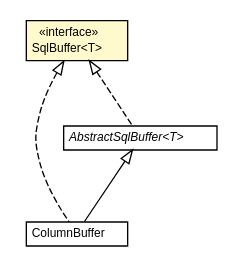
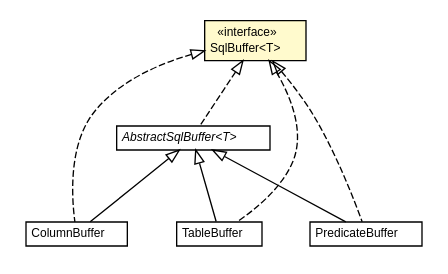
The diagram in docs/javadoc/apidocs/net/ljcomputing/sql/buffer/SqlBuffer.dot (willmorejg/net.ljcomputing.sql), drawn with Graphviz before and after one commit. The commit also changed 239 other files, not shown here.

```diff
--- a/docs/javadoc/apidocs/net/ljcomputing/sql/buffer/SqlBuffer.dot
+++ b/docs/javadoc/apidocs/net/ljcomputing/sql/buffer/SqlBuffer.dot
@@ -1,37 +1,57 @@
 #!/usr/local/bin/dot
 #
 # Class diagram 
 # Generated by UMLGraph version R5_6 (http://www.umlgraph.org/)
 #
 
 digraph G {
 	edge [fontname="Helvetica",fontsize=10,labelfontname="Helvetica",labelfontsize=10];
 	node [fontname="Helvetica",fontsize=10,shape=plaintext];
 	nodesep=0.25;
 	ranksep=0.5;
 	// net.ljcomputing.sql.buffer.ColumnBuffer
-	c643 [label=<<table title="net.ljcomputing.sql.buffer.ColumnBuffer" border="0" cellborder="1" cellspacing="0" cellpadding="2" port="p" href="./ColumnBuffer.html">
+	c947 [label=<<table title="net.ljcomputing.sql.buffer.ColumnBuffer" border="0" cellborder="1" cellspacing="0" cellpadding="2" port="p" href="./ColumnBuffer.html">
 		<tr><td><table border="0" cellspacing="0" cellpadding="1">
 <tr><td align="center" balign="center"> ColumnBuffer </td></tr>
 		</table></td></tr>
 		</table>>, URL="./ColumnBuffer.html", fontname="Helvetica", fontcolor="black", fontsize=9.0];
+	// net.ljcomputing.sql.buffer.TableBuffer
+	c948 [label=<<table title="net.ljcomputing.sql.buffer.TableBuffer" border="0" cellborder="1" cellspacing="0" cellpadding="2" port="p" href="./TableBuffer.html">
+		<tr><td><table border="0" cellspacing="0" cellpadding="1">
+<tr><td align="center" balign="center"> TableBuffer </td></tr>
+		</table></td></tr>
+		</table>>, URL="./TableBuffer.html", fontname="Helvetica", fontcolor="black", fontsize=9.0];
 	// net.ljcomputing.sql.buffer.SqlBuffer<T>
-	c644 [label=<<table title="net.ljcomputing.sql.buffer.SqlBuffer" border="0" cellborder="1" cellspacing="0" cellpadding="2" port="p" bgcolor="lemonChiffon" href="./SqlBuffer.html">
+	c949 [label=<<table title="net.ljcomputing.sql.buffer.SqlBuffer" border="0" cellborder="1" cellspacing="0" cellpadding="2" port="p" bgcolor="lemonChiffon" href="./SqlBuffer.html">
 		<tr><td><table border="0" cellspacing="0" cellpadding="1">
 <tr><td align="center" balign="center"> &#171;interface&#187; </td></tr>
 <tr><td align="center" balign="center"> SqlBuffer&lt;T&gt; </td></tr>
 		</table></td></tr>
 		</table>>, URL="./SqlBuffer.html", fontname="Helvetica", fontcolor="black", fontsize=9.0];
+	// net.ljcomputing.sql.buffer.PredicateBuffer
+	c950 [label=<<table title="net.ljcomputing.sql.buffer.PredicateBuffer" border="0" cellborder="1" cellspacing="0" cellpadding="2" port="p" href="./PredicateBuffer.html">
+		<tr><td><table border="0" cellspacing="0" cellpadding="1">
+<tr><td align="center" balign="center"> PredicateBuffer </td></tr>
+		</table></td></tr>
+		</table>>, URL="./PredicateBuffer.html", fontname="Helvetica", fontcolor="black", fontsize=9.0];
 	// net.ljcomputing.sql.buffer.AbstractSqlBuffer<T>
-	c645 [label=<<table title="net.ljcomputing.sql.buffer.AbstractSqlBuffer" border="0" cellborder="1" cellspacing="0" cellpadding="2" port="p" href="./AbstractSqlBuffer.html">
+	c951 [label=<<table title="net.ljcomputing.sql.buffer.AbstractSqlBuffer" border="0" cellborder="1" cellspacing="0" cellpadding="2" port="p" href="./AbstractSqlBuffer.html">
 		<tr><td><table border="0" cellspacing="0" cellpadding="1">
 <tr><td align="center" balign="center"><font face="Helvetica-Oblique"> AbstractSqlBuffer&lt;T&gt; </font></td></tr>
 		</table></td></tr>
 		</table>>, URL="./AbstractSqlBuffer.html", fontname="Helvetica", fontcolor="black", fontsize=9.0];
-	//net.ljcomputing.sql.buffer.ColumnBuffer extends net.ljcomputing.sql.buffer.AbstractSqlBuffer<net.ljcomputing.sql.identifier.Column>
-	c645:p -> c643:p [dir=back,arrowtail=empty];
+	//net.ljcomputing.sql.buffer.ColumnBuffer extends net.ljcomputing.sql.buffer.AbstractSqlBuffer<net.ljcomputing.sql.identifier.column.Column>
+	c951:p -> c947:p [dir=back,arrowtail=empty];
 	//net.ljcomputing.sql.buffer.ColumnBuffer implements net.ljcomputing.sql.buffer.SqlBuffer<T>
-	c644:p -> c643:p [dir=back,arrowtail=empty,style=dashed];
+	c949:p -> c947:p [dir=back,arrowtail=empty,style=dashed];
+	//net.ljcomputing.sql.buffer.TableBuffer extends net.ljcomputing.sql.buffer.AbstractSqlBuffer<net.ljcomputing.sql.identifier.table.Table>
+	c951:p -> c948:p [dir=back,arrowtail=empty];
+	//net.ljcomputing.sql.buffer.TableBuffer implements net.ljcomputing.sql.buffer.SqlBuffer<T>
+	c949:p -> c948:p [dir=back,arrowtail=empty,style=dashed];
+	//net.ljcomputing.sql.buffer.PredicateBuffer extends net.ljcomputing.sql.buffer.AbstractSqlBuffer<net.ljcomputing.sql.clause.Predicate>
+	c951:p -> c950:p [dir=back,arrowtail=empty];
+	//net.ljcomputing.sql.buffer.PredicateBuffer implements net.ljcomputing.sql.buffer.SqlBuffer<T>
+	c949:p -> c950:p [dir=back,arrowtail=empty,style=dashed];
 	//net.ljcomputing.sql.buffer.AbstractSqlBuffer<T> implements net.ljcomputing.sql.buffer.SqlBuffer<T>
-	c644:p -> c645:p [dir=back,arrowtail=empty,style=dashed];
+	c949:p -> c951:p [dir=back,arrowtail=empty,style=dashed];
 }
```
